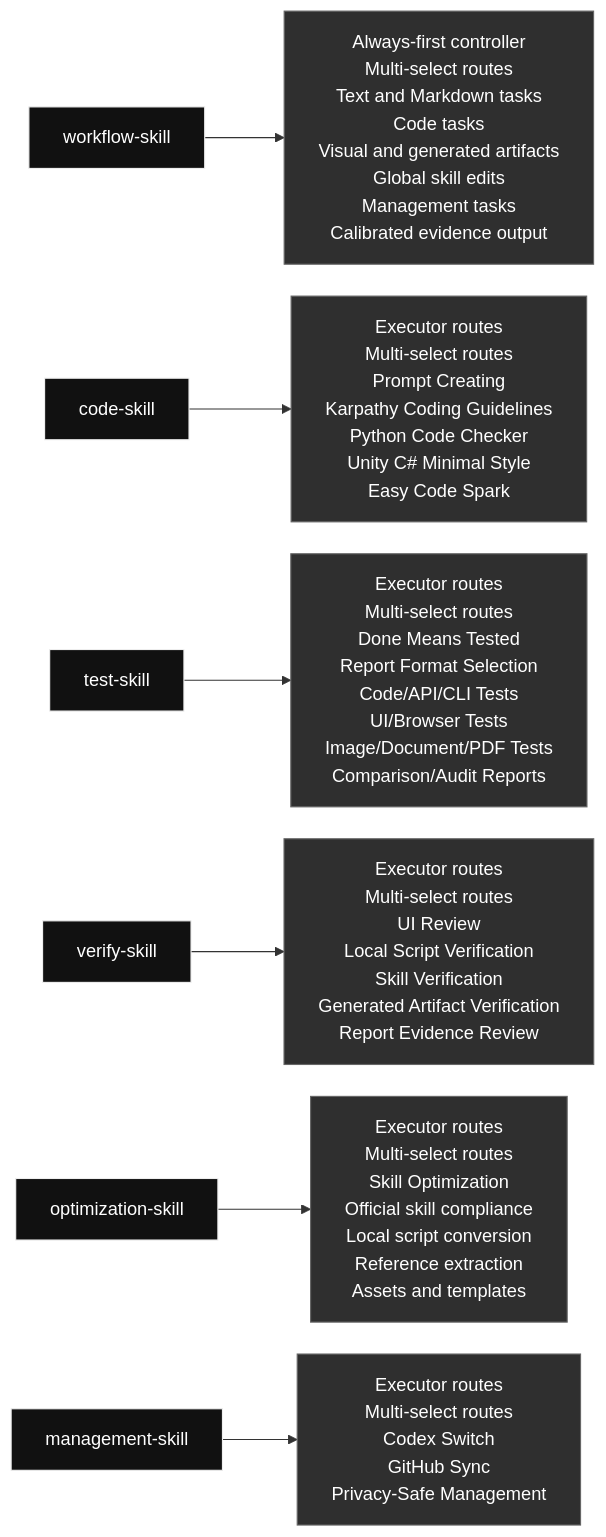
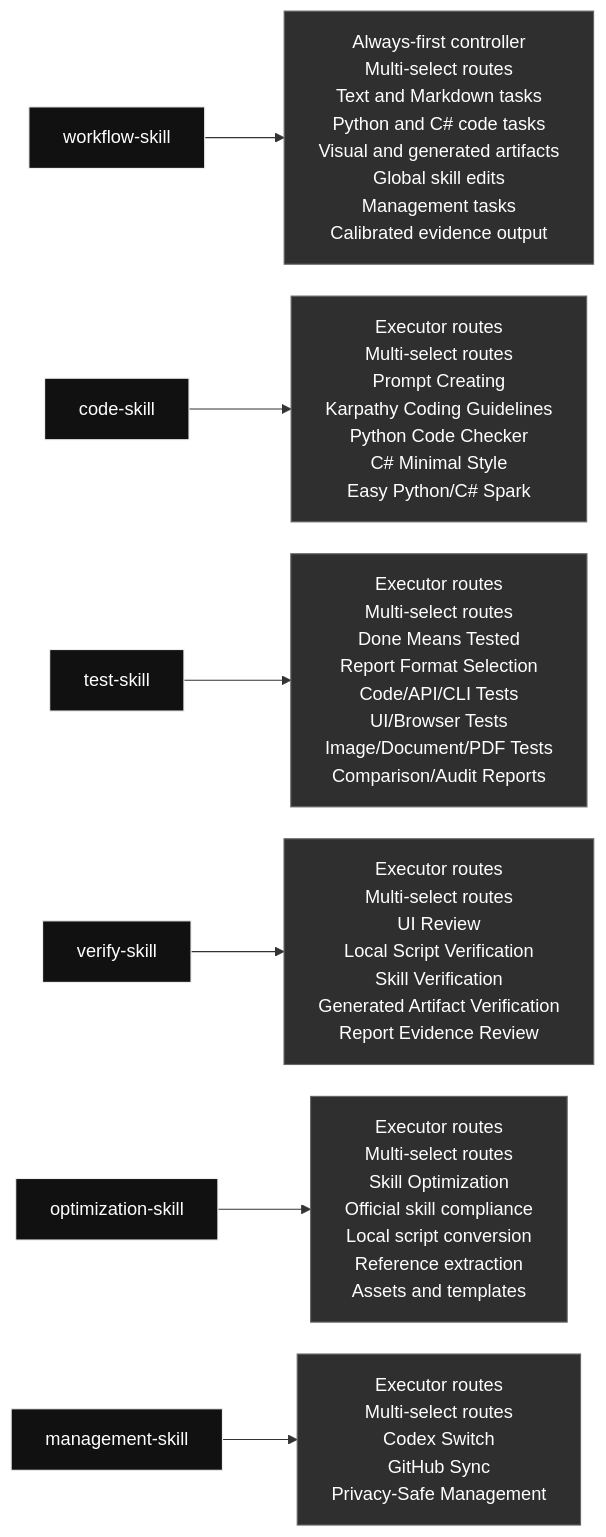
The diagram in README.md (qinbatista/qin-codex-skills), drawn with Mermaid before and after one commit. The commit also changed other lines of this file and 14 other files, not shown here.

Commit message:
Clarify Python and C# code scope

````diff
--- a/README.md
+++ b/README.md
@@ -7,14 +7,14 @@
 ```mermaid
 %%{init: {"flowchart": {"nodeSpacing": 28, "rankSpacing": 54, "wrappingWidth": 240}}}%%
 flowchart LR
-  skill_workflow_skill["workflow-skill"] --> inside_workflow_skill["Always-first controller<br/>Multi-select routes<br/>Text and Markdown tasks<br/>Code tasks<br/>Visual and generated artifacts<br/>Global skill edits<br/>Management tasks<br/>Calibrated evidence output"]
-  skill_code_skill["code-skill"] --> inside_code_skill["Executor routes<br/>Multi-select routes<br/>Prompt Creating<br/>Karpathy Coding Guidelines<br/>Python Code Checker<br/>Unity C# Minimal Style<br/>Easy Code Spark"]
+  skill_workflow_skill["workflow-skill"] --> inside_workflow_skill["Always-first controller<br/>Multi-select routes<br/>Text and Markdown tasks<br/>Python and C# code tasks<br/>Visual and generated artifacts<br/>Global skill edits<br/>Management tasks<br/>Calibrated evidence output"]
+  skill_code_skill["code-skill"] --> inside_code_skill["Executor routes<br/>Multi-select routes<br/>Prompt Creating<br/>Karpathy Coding Guidelines<br/>Python Code Checker<br/>C# Minimal Style<br/>Easy Python/C# Spark"]
   skill_test_skill["test-skill"] --> inside_test_skill["Executor routes<br/>Multi-select routes<br/>Done Means Tested<br/>Report Format Selection<br/>Code/API/CLI Tests<br/>UI/Browser Tests<br/>Image/Document/PDF Tests<br/>Comparison/Audit Reports"]
   skill_verify_skill["verify-skill"] --> inside_verify_skill["Executor routes<br/>Multi-select routes<br/>UI Review<br/>Local Script Verification<br/>Skill Verification<br/>Generated Artifact Verification<br/>Report Evidence Review"]
   skill_optimization_skill["optimization-skill"] --> inside_optimization_skill["Executor routes<br/>Multi-select routes<br/>Skill Optimization<br/>Official skill compliance<br/>Local script conversion<br/>Reference extraction<br/>Assets and templates"]
   skill_management_skill["management-skill"] --> inside_management_skill["Executor routes<br/>Multi-select routes<br/>Codex Switch<br/>GitHub Sync<br/>Privacy-Safe Management"]
   classDef skill fill:#111,color:#fff,stroke:#eee;
   classDef content fill:#2f2f2f,color:#fff,stroke:#666;
   class skill_workflow_skill,skill_code_skill,skill_test_skill,skill_verify_skill,skill_optimization_skill,skill_management_skill skill;
   class inside_workflow_skill,inside_code_skill,inside_test_skill,inside_verify_skill,inside_optimization_skill,inside_management_skill content;
 ```
````
